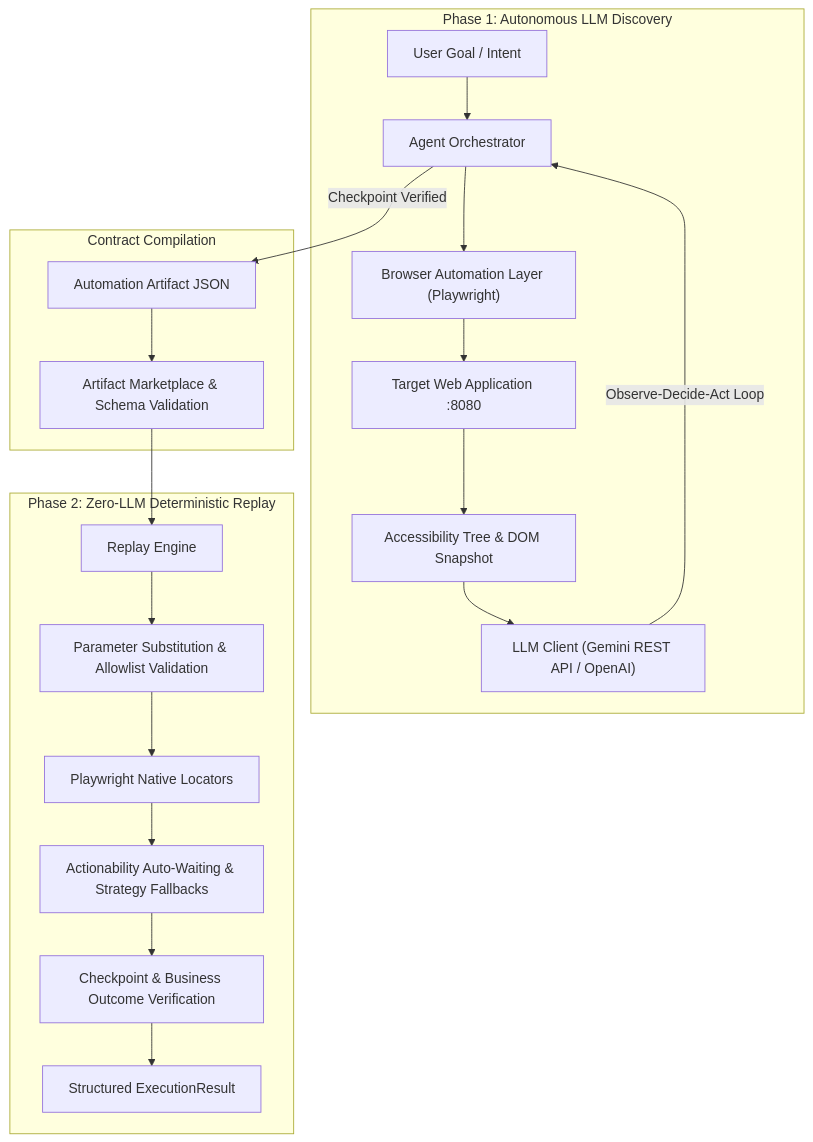
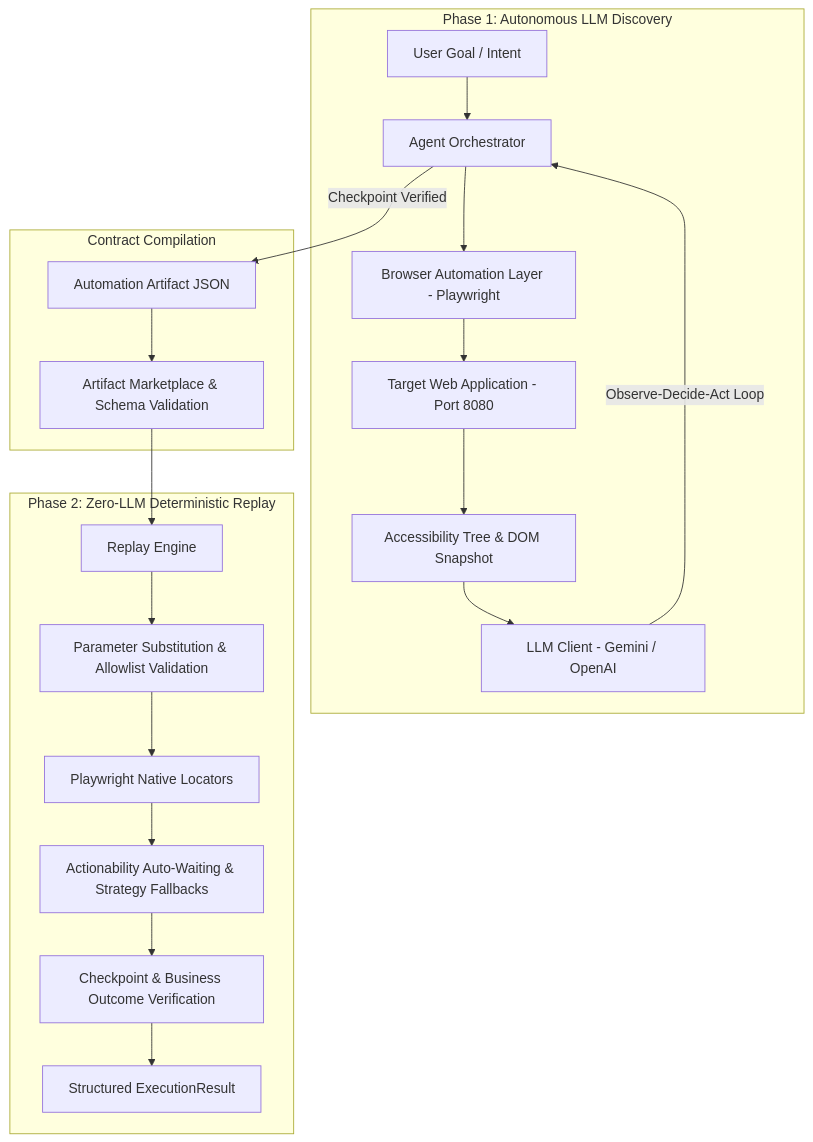
The diagram in REPORT.md (AaschitaReddyM/neuro_zero_replay), drawn with Mermaid before and after one commit. The commit also changed 1 other file, not shown here.

Commit message:
docs: simplify mermaid diagram with standard graph TD and clean subgraphs

````diff
--- a/REPORT.md
+++ b/REPORT.md
@@ -9,25 +9,26 @@
 ```mermaid
-flowchart TD
-    subgraph Discovery_Phase ["Phase 1: Autonomous LLM Discovery"]
-        A["User Goal / Intent"] --> B["Agent Orchestrator"]
-        B --> C["Browser Automation Layer (Playwright)"]
-        C --> D["Target Web Application :8080"]
-        D --> E["Accessibility Tree & DOM Snapshot"]
-        E --> F["LLM Client (Gemini REST API / OpenAI)"]
+graph TD
+    subgraph Phase 1: Autonomous LLM Discovery
+        A[User Goal / Intent] --> B[Agent Orchestrator]
+        B --> C[Browser Automation Layer - Playwright]
+        C --> D[Target Web Application - Port 8080]
+        D --> E[Accessibility Tree & DOM Snapshot]
+        E --> F[LLM Client - Gemini / OpenAI]
         F -->|Observe-Decide-Act Loop| B
     end
 
-    subgraph Artifact_Compilation ["Contract Compilation"]
-        B -->|Checkpoint Verified| G["Automation Artifact JSON"]
-        G --> H["Artifact Marketplace & Schema Validation"]
+    subgraph Contract Compilation
+        G[Automation Artifact JSON] --> H[Artifact Marketplace & Schema Validation]
     end
 
-    subgraph Replay_Phase ["Phase 2: Zero-LLM Deterministic Replay"]
-        H --> I["Replay Engine"]
-        I --> J["Parameter Substitution & Allowlist Validation"]
-        J --> K["Playwright Native Locators"]
-        K --> L["Actionability Auto-Waiting & Strategy Fallbacks"]
-        L --> M["Checkpoint & Business Outcome Verification"]
-        M --> N["Structured ExecutionResult"]
+    subgraph Phase 2: Zero-LLM Deterministic Replay
+        I[Replay Engine] --> J[Parameter Substitution & Allowlist Validation]
+        J --> K[Playwright Native Locators]
+        K --> L[Actionability Auto-Waiting & Strategy Fallbacks]
+        L --> M[Checkpoint & Business Outcome Verification]
+        M --> N[Structured ExecutionResult]
     end
+
+    B -->|Checkpoint Verified| G
+    H --> I
 ```
````
